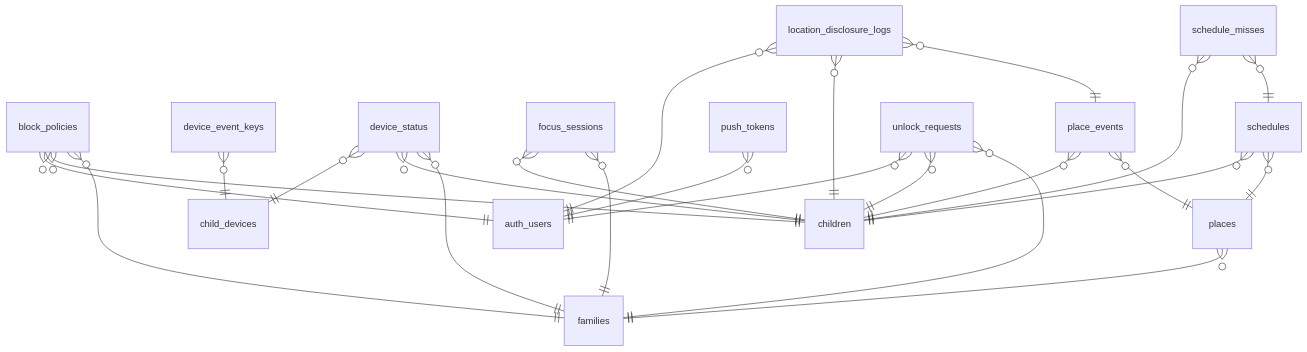
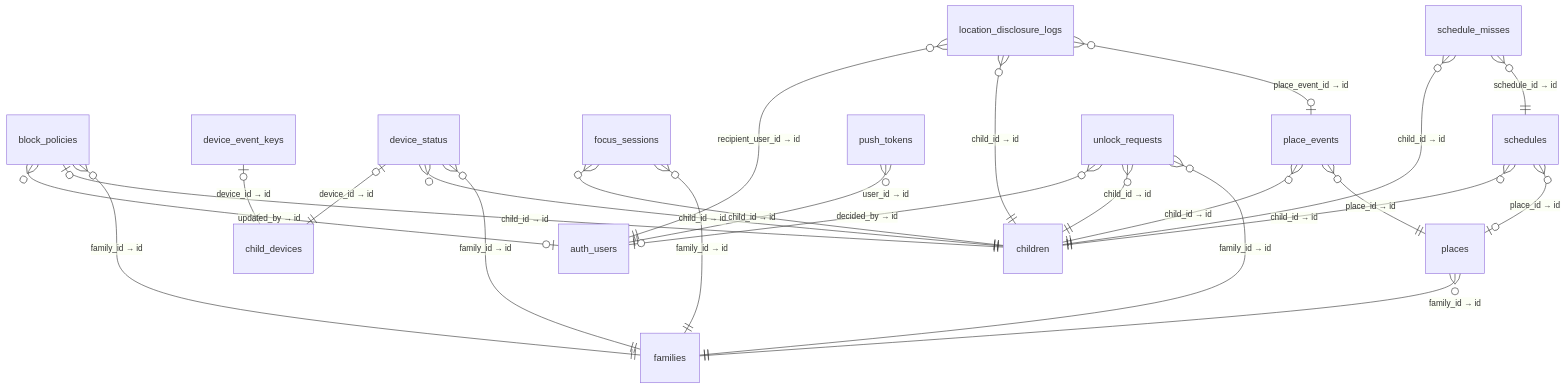
One commit to obhht2302-ctrl/AIO_team_04_final_project changed the fourth of 6 diagrams in DOC/Step 2/데이터베이스 스키마 설계서.md. Above: the diagram before and after it, drawn with Mermaid. The commit also changed other lines of this file and 1 other file, not shown here.

````diff
--- a/DOC/Step 2/데이터베이스 스키마 설계서.md
+++ b/DOC/Step 2/데이터베이스 스키마 설계서.md
@@ -203,38 +168,26 @@
 ```mermaid
 erDiagram
-  block_policies }o--|| auth_users : ""
-  block_policies }o--|| children : ""
-  block_policies }o--|| families : ""
-  device_event_keys }o--|| child_devices : ""
-  device_status }o--|| child_devices : ""
-  device_status }o--|| children : ""
-  device_status }o--|| families : ""
-  focus_sessions }o--|| children : ""
-  focus_sessions }o--|| families : ""
-  location_disclosure_logs }o--|| auth_users : ""
-  location_disclosure_logs }o--|| children : ""
-  location_disclosure_logs }o--|| place_events : ""
-  place_events }o--|| children : ""
-  place_events }o--|| places : ""
-  places }o--|| families : ""
-  push_tokens }o--|| auth_users : ""
-  schedule_misses }o--|| children : ""
-  schedule_misses }o--|| schedules : ""
-  schedules }o--|| children : ""
-  schedules }o--|| places : ""
-  unlock_requests }o--|| auth_users : ""
-  unlock_requests }o--|| children : ""
-  unlock_requests }o--|| families : ""
-  %% 다른 도메인(기준 노드): auth_users, child_devices, children, families
-  block_policies { }
-  unlock_requests { }
-  focus_sessions { }
-  device_status { }
-  device_event_keys { }
-  places { }
-  schedules { }
-  schedule_misses { }
-  place_events { }
-  location_disclosure_logs { }
-  push_tokens { }
+  block_policies }o--o| auth_users : "updated_by → id"
+  block_policies |o--|| children : "child_id → id"
+  block_policies }o--|| families : "family_id → id"
+  device_event_keys |o--|| child_devices : "device_id → id"
+  device_status |o--|| child_devices : "device_id → id"
+  device_status }o--|| children : "child_id → id"
+  device_status }o--|| families : "family_id → id"
+  focus_sessions }o--|| children : "child_id → id"
+  focus_sessions }o--|| families : "family_id → id"
+  location_disclosure_logs }o--|| auth_users : "recipient_user_id → id"
+  location_disclosure_logs }o--|| children : "child_id → id"
+  location_disclosure_logs }o--o| place_events : "place_event_id → id"
+  place_events }o--|| children : "child_id → id"
+  place_events }o--|| places : "place_id → id"
+  places }o--|| families : "family_id → id"
+  push_tokens }o--|| auth_users : "user_id → id"
+  schedule_misses }o--|| children : "child_id → id"
+  schedule_misses }o--|| schedules : "schedule_id → id"
+  schedules }o--|| children : "child_id → id"
+  schedules }o--o| places : "place_id → id"
+  unlock_requests }o--o| auth_users : "decided_by → id"
+  unlock_requests }o--|| children : "child_id → id"
+  unlock_requests }o--|| families : "family_id → id"
 ```
````
